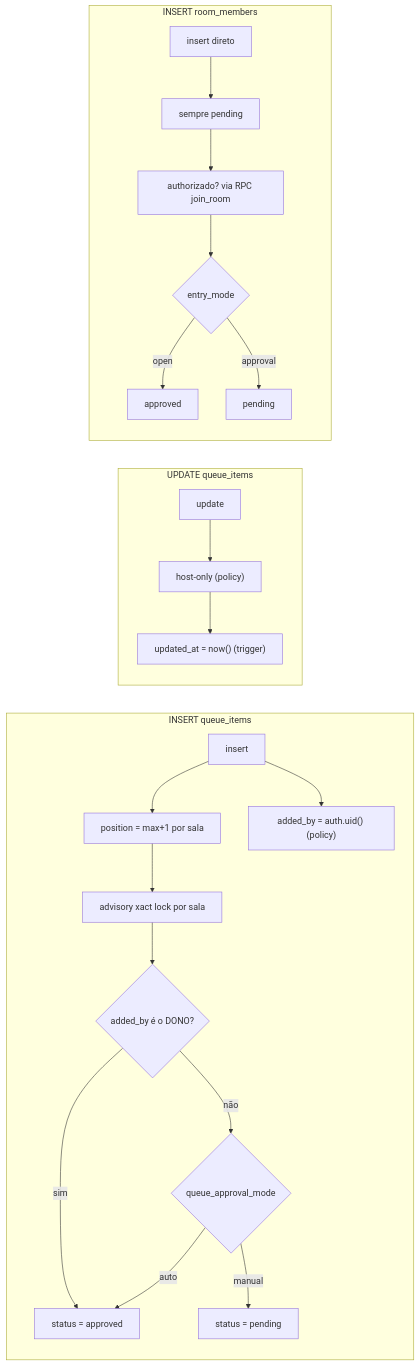
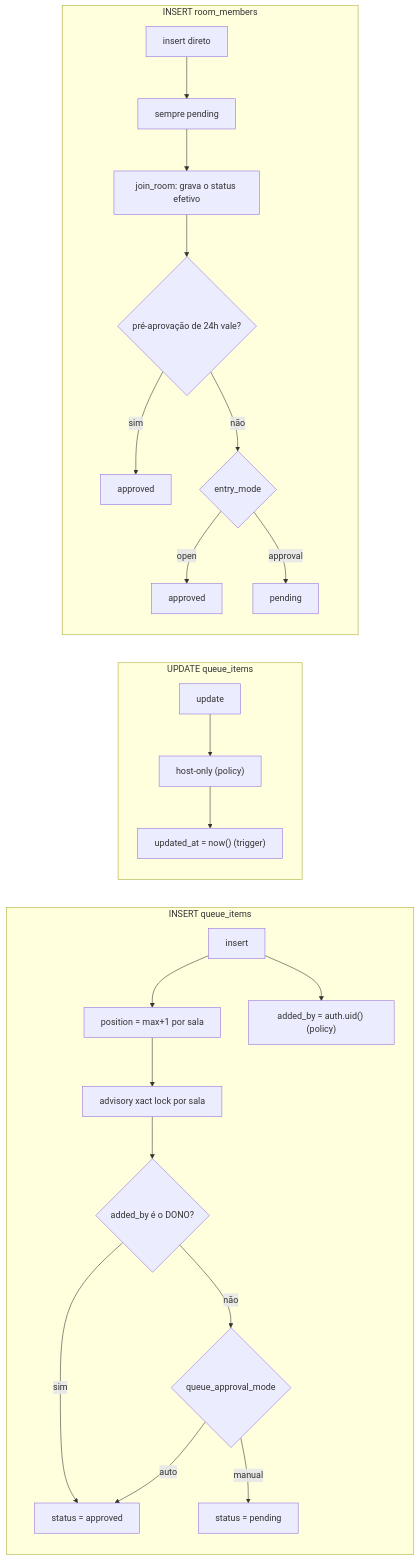
Before and after one commit to cavalcanteprofissional/karaoke-flow: the second of 8 diagrams in docs/flows/banco-de-dados.md, drawn with Mermaid. The commit also changed other lines of this file and 43 other files, not shown here.

````diff
--- a/docs/flows/banco-de-dados.md
+++ b/docs/flows/banco-de-dados.md
@@ -116,24 +120,26 @@
 ```mermaid
 flowchart LR
     subgraph INSERT queue_items
         A[insert] --> B["position = max+1 por sala"]
         B --> C["advisory xact lock por sala"]
         C --> C1{added_by é o DONO?}
         C1 -->|sim| E["status = approved"]
         C1 -->|não| D{queue_approval_mode}
         D -->|auto| E["status = approved"]
         D -->|manual| F["status = pending"]
         A --> G["added_by = auth.uid() (policy)"]
     end
     subgraph UPDATE queue_items
         H[update] --> I["host-only (policy)"]
         I --> J["updated_at = now() (trigger)"]
     end
     subgraph INSERT room_members
         K[insert direto] --> L["sempre pending"]
-        L --> M["authorizado? via RPC join_room"]
-        M --> N{entry_mode}
-        N -->|open| O[approved]
-        N -->|approval| P[pending]
+        L --> M["join_room: grava o status efetivo"]
+        M --> N{pré-aprovação de 24h vale?}
+        N -->|sim| Q[approved]
+        N -->|não| O{entry_mode}
+        O -->|open| P[approved]
+        O -->|approval| R[pending]
     end
 ```
````
